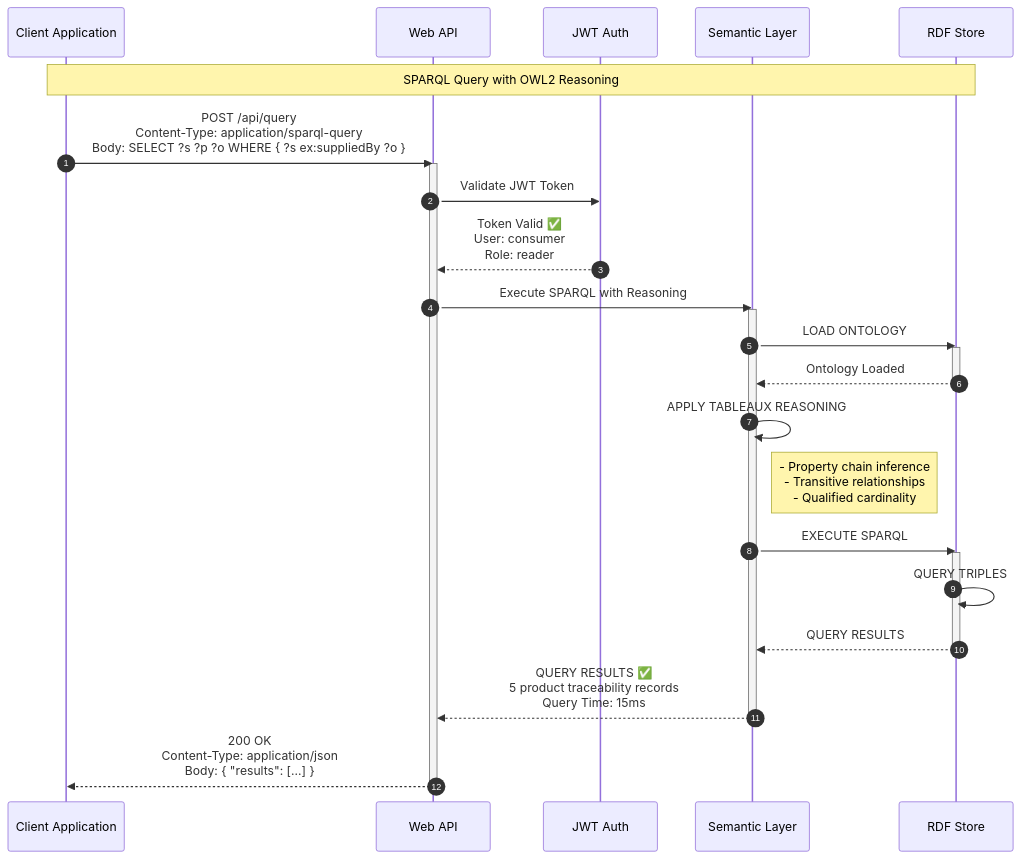
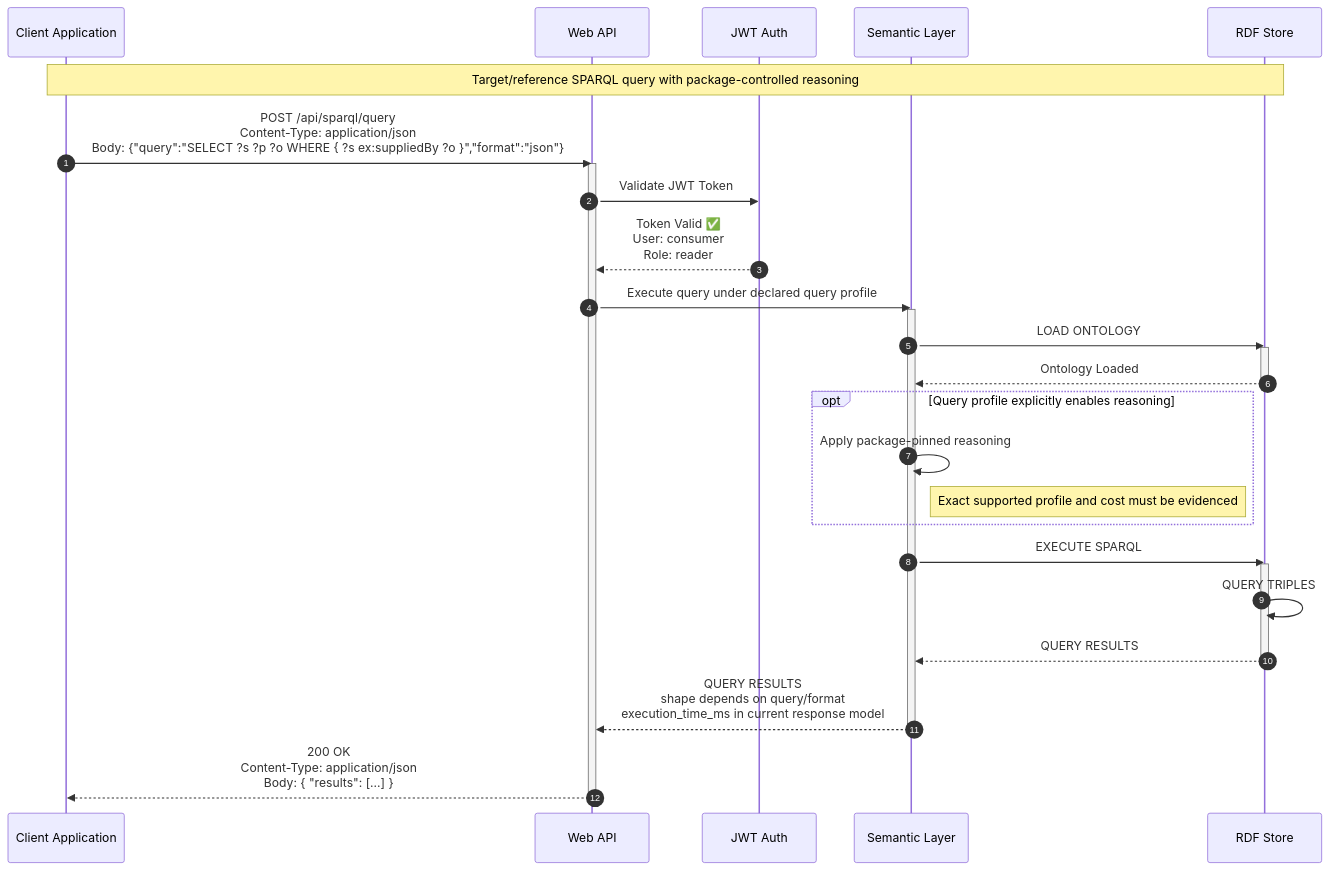
One commit to anusornc/prov-chain-pub changed the second of 5 diagrams in docs/architecture/DATA_FLOW_ARCHITECTURE.md. Above: the diagram before and after it, drawn with Mermaid. The commit also changed other lines of this file and 178 other files, not shown here.

````diff
--- a/docs/architecture/DATA_FLOW_ARCHITECTURE.md
+++ b/docs/architecture/DATA_FLOW_ARCHITECTURE.md
@@ -146,39 +117,41 @@
 ```mermaid
 sequenceDiagram
     autonumber
     participant Client as Client Application
     participant WebAPI as Web API
     participant JWT as JWT Auth
     participant Semantic as Semantic Layer
     participant RDFStore as RDF Store
 
-    Note over Client,RDFStore: SPARQL Query with OWL2 Reasoning
+    Note over Client,RDFStore: Target/reference SPARQL query with package-controlled reasoning
 
-    Client->>WebAPI: POST /api/query<br/>Content-Type: application/sparql-query<br/>Body: SELECT ?s ?p ?o WHERE { ?s ex:suppliedBy ?o }
+    Client->>WebAPI: POST /api/sparql/query<br/>Content-Type: application/json<br/>Body: {"query":"SELECT ?s ?p ?o WHERE { ?s ex:suppliedBy ?o }","format":"json"}
     activate WebAPI
 
     WebAPI->>JWT: Validate JWT Token
     JWT-->>WebAPI: Token Valid ✅<br/>User: consumer<br/>Role: reader
-    WebAPI->>Semantic: Execute SPARQL with Reasoning
+    WebAPI->>Semantic: Execute query under declared query profile
     activate Semantic
 
     Semantic->>RDFStore: LOAD ONTOLOGY
     activate RDFStore
     RDFStore-->>Semantic: Ontology Loaded
     deactivate RDFStore
 
-    Semantic->>Semantic: APPLY TABLEAUX REASONING
-    Note right of Semantic: - Property chain inference<br/>- Transitive relationships<br/>- Qualified cardinality
+    opt Query profile explicitly enables reasoning
+        Semantic->>Semantic: Apply package-pinned reasoning
+        Note right of Semantic: Exact supported profile and cost must be evidenced
+    end
 
     Semantic->>RDFStore: EXECUTE SPARQL
     activate RDFStore
     RDFStore->>RDFStore: QUERY TRIPLES
     RDFStore-->>Semantic: QUERY RESULTS
     deactivate RDFStore
 
-    Semantic-->>WebAPI: QUERY RESULTS ✅<br/>5 product traceability records<br/>Query Time: 15ms
+    Semantic-->>WebAPI: QUERY RESULTS<br/>shape depends on query/format<br/>execution_time_ms in current response model
     deactivate Semantic
 
     WebAPI-->>Client: 200 OK<br/>Content-Type: application/json<br/>Body: { "results": [...] }
     deactivate WebAPI
 ```
````
